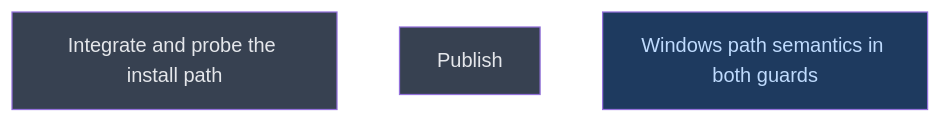
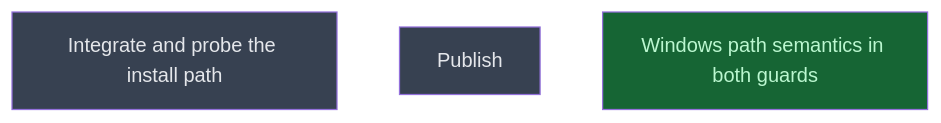
One commit to CrackingShells/Murmuration changed the diagram in __roadmap__/claude_code_release/next/next/README.md. Above: the diagram before and after it, drawn with Mermaid. The commit also changed other lines of this file and 2 other files, not shown here.

Commit message:
docs(roadmap): windows_paths landed; verdicts and Windows residuals

````diff
--- a/__roadmap__/claude_code_release/next/next/README.md
+++ b/__roadmap__/claude_code_release/next/next/README.md
@@ -16,11 +16,11 @@
 ```mermaid
 graph TD
     integrate[Integrate and probe the install path]:::planned
     next[Publish]:::planned
-    windows_paths[Windows path semantics in both guards]:::amendment
+    windows_paths[Windows path semantics in both guards]:::done
     classDef done       fill:#166534,color:#bbf7d0
     classDef inprogress fill:#854d0e,color:#fef08a
     classDef planned    fill:#374151,color:#e5e7eb
     classDef amendment  fill:#1e3a5f,color:#bfdbfe
     classDef blocked    fill:#7f1d1d,color:#fecaca
 ```
````
